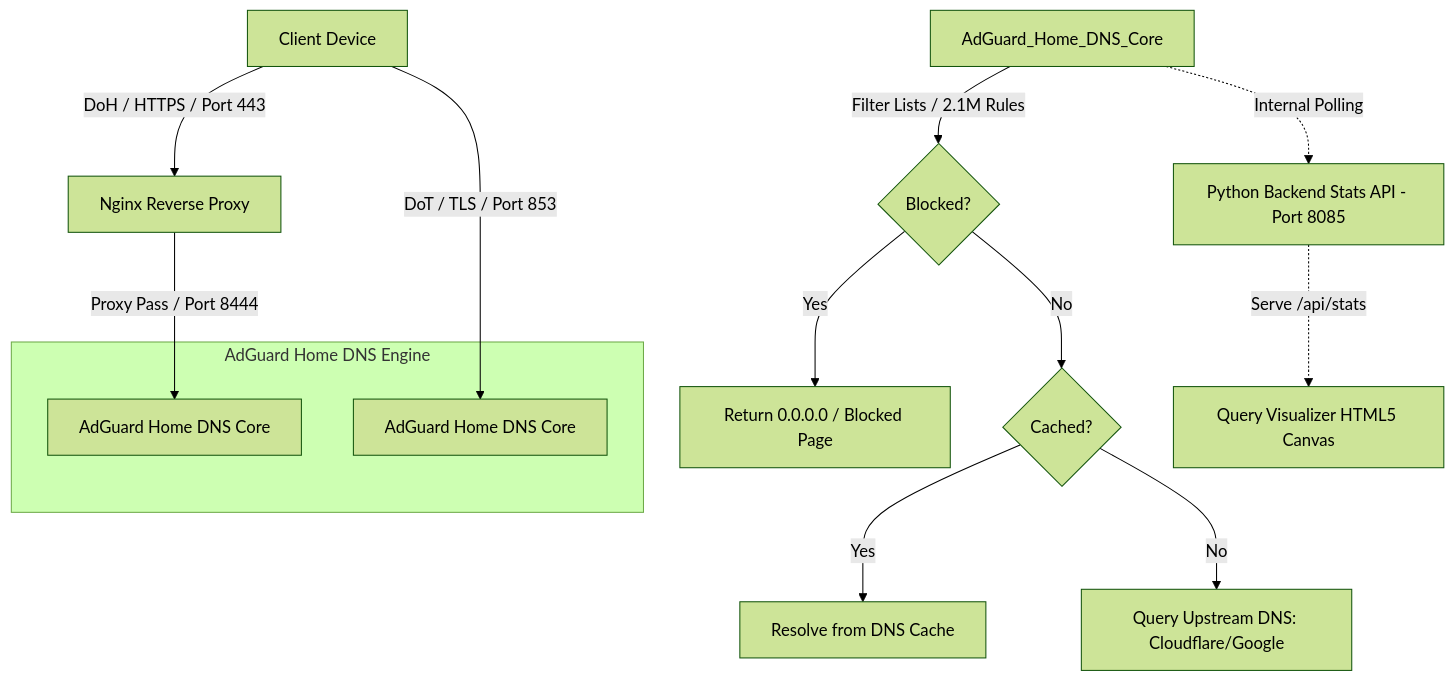
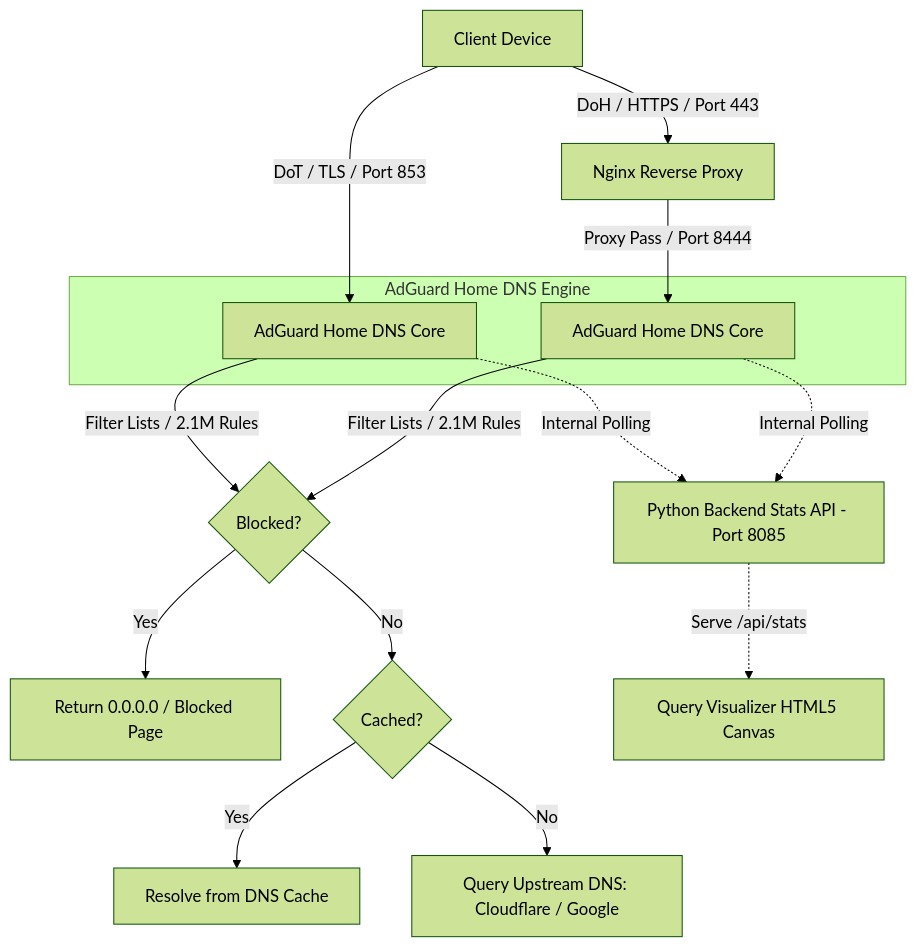
Before and after one commit to lovingpersonliving/secure-encrypted-dns-vps: the first of 2 diagrams in README.md, drawn with Mermaid (forest theme).

Commit message:
Fix Mermaid flowchart syntax for GitHub rendering compatibility

````diff
--- a/README.md
+++ b/README.md
@@ -71,22 +71,25 @@
 ```mermaid
 flowchart TD
     Client[Client Device] -->|DoH / HTTPS / Port 443| Nginx[Nginx Reverse Proxy]
     Client -->|DoT / TLS / Port 853| AGH_DoT[AdGuard Home DNS Core]
     
     Nginx -->|Proxy Pass / Port 8444| AGH_DoH[AdGuard Home DNS Core]
     
-    subgraph AdGuard Home DNS Core [AdGuard Home DNS Engine]
+    subgraph AGH["AdGuard Home DNS Engine"]
         AGH_DoT
         AGH_DoH
     end
     
-    AdGuard_Home_DNS_Core -->|Filter Lists / 2.1M Rules| Blocked{Blocked?}
-    Blocked -->|Yes| BlockResponse[Return 0.0.0.0 / Blocked Page]
-    Blocked -->|No| CacheCheck{Cached?}
+    AGH_DoT -->|Filter Lists / 2.1M Rules| Blocked{"Blocked?"}
+    AGH_DoH -->|Filter Lists / 2.1M Rules| Blocked
+    
+    Blocked -->|Yes| BlockResponse["Return 0.0.0.0 / Blocked Page"]
+    Blocked -->|No| CacheCheck{"Cached?"}
     
     CacheCheck -->|Yes| CacheResponse[Resolve from DNS Cache]
-    CacheCheck -->|No| Upstream[Query Upstream DNS: Cloudflare/Google]
+    CacheCheck -->|No| Upstream["Query Upstream DNS: Cloudflare / Google"]
     
-    AdGuard_Home_DNS_Core -.->|Internal Polling| PyAPI[Python Backend Stats API - Port 8085]
+    AGH_DoT -.->|Internal Polling| PyAPI["Python Backend Stats API - Port 8085"]
+    AGH_DoH -.->|Internal Polling| PyAPI
     PyAPI -.->|Serve /api/stats| WebPortal[Query Visualizer HTML5 Canvas]
 ```
````
